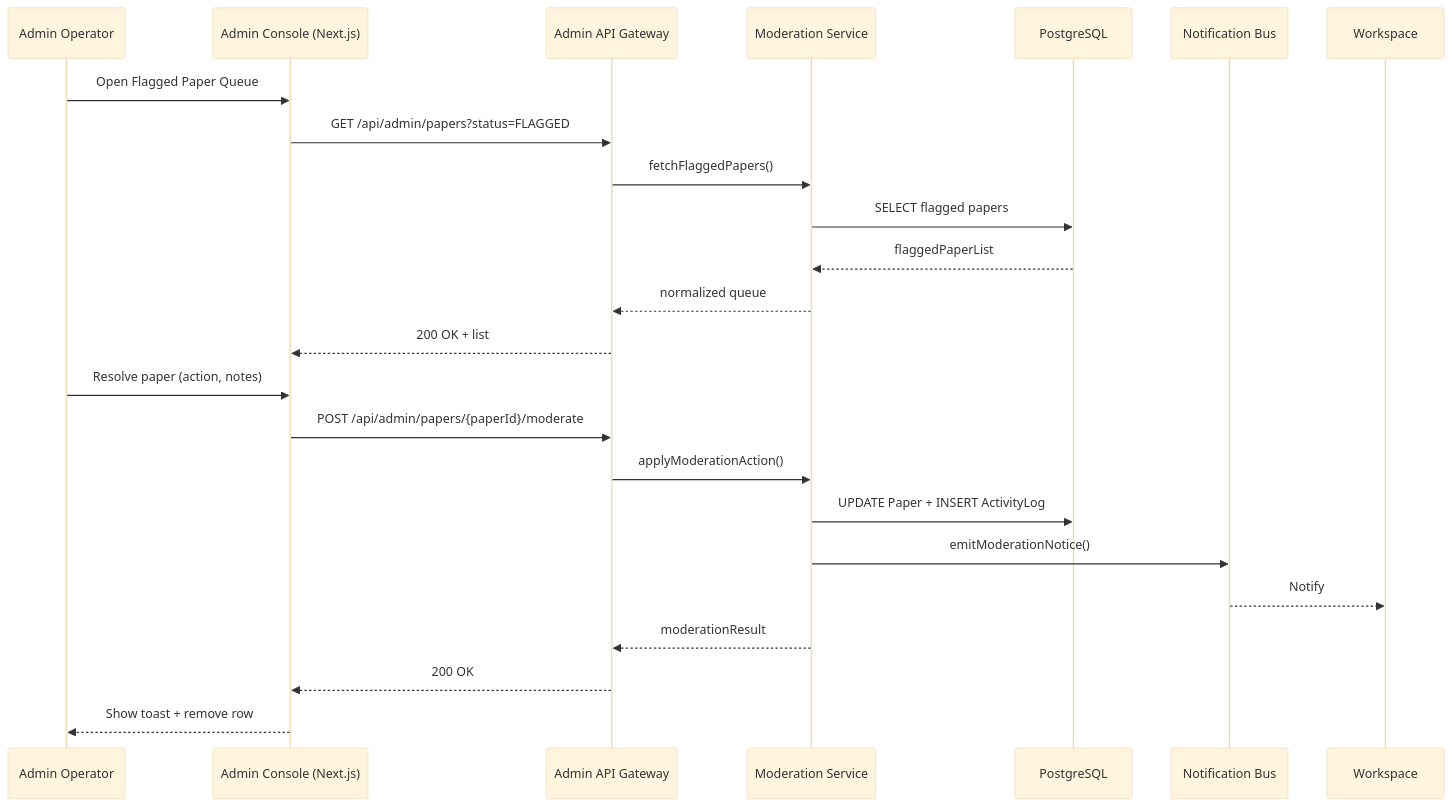
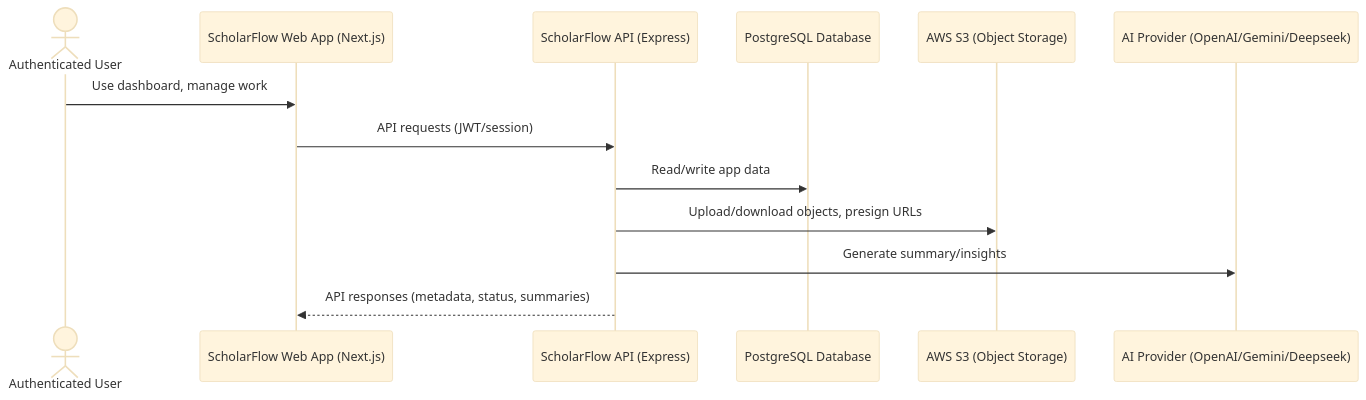
The third of 5 diagrams in docs/Chapter4-System-Design-Diagrams.md (Atik203/Scholar-Flow), drawn with Mermaid (base theme) before and after one commit. The commit also changed other lines of this file, not shown here.

Commit message:
Revise sequence diagrams to consolidate core user interactions and enhance clarity in system flow documentation

````diff
--- a/docs/Chapter4-System-Design-Diagrams.md
+++ b/docs/Chapter4-System-Design-Diagrams.md
@@ -759,26 +726,16 @@
 ```mermaid
 sequenceDiagram
-  participant ACT as Admin Operator
-  participant UI as Admin Console (Next.js)
-  participant API as Admin API Gateway
-  participant MOD as Moderation Service
-  participant DB as PostgreSQL
-  participant NOT as Notification Bus
+  actor User as Authenticated User
+  participant Web as ScholarFlow Web App (Next.js)
+  participant API as ScholarFlow API (Express)
+  participant DB as PostgreSQL Database
+  participant S3 as AWS S3 (Object Storage)
+  participant AI as AI Provider (OpenAI/Gemini/Deepseek)
 
-  ACT->>UI: Open Flagged Paper Queue
-  UI->>API: GET /api/admin/papers?status=FLAGGED
-  API->>MOD: fetchFlaggedPapers()
-  MOD->>DB: SELECT flagged papers
-  DB-->>MOD: flaggedPaperList
-  MOD-->>API: normalized queue
-  API-->>UI: 200 OK + list
-  ACT->>UI: Resolve paper (action, notes)
-  UI->>API: POST /api/admin/papers/{paperId}/moderate
-  API->>MOD: applyModerationAction()
-  MOD->>DB: UPDATE Paper + INSERT ActivityLog
-  MOD->>NOT: emitModerationNotice()
-  NOT-->>Workspace: Notify
-  MOD-->>API: moderationResult
-  API-->>UI: 200 OK
-  UI-->>ACT: Show toast + remove row
+  User->>Web: Use dashboard, manage work
+  Web->>API: API requests (JWT/session)
+  API->>DB: Read/write app data
+  API->>S3: Upload/download objects, presign URLs
+  API->>AI: Generate summary/insights
+  API-->>Web: API responses (metadata, status, summaries)
 ```
````
